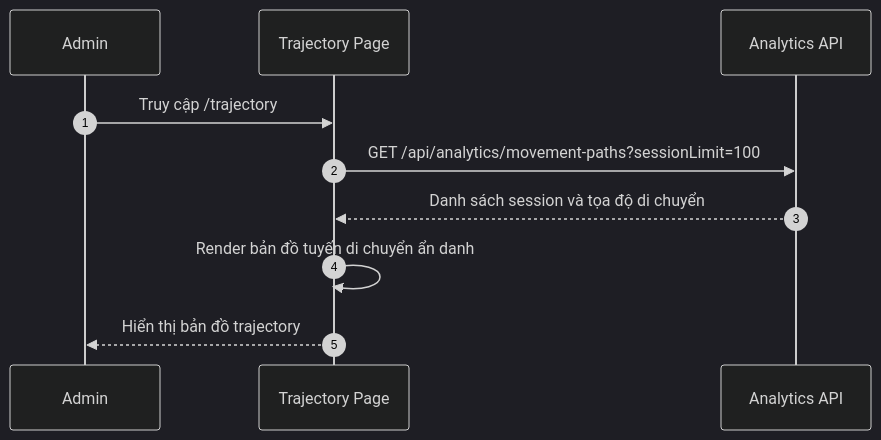
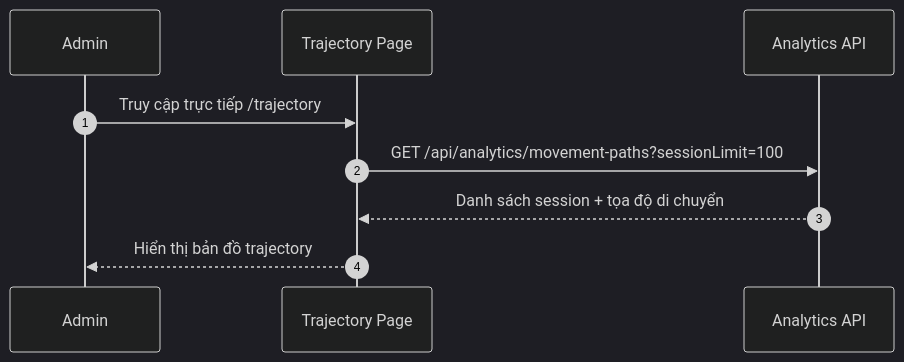
Before and after one commit to sangnp-s-organiztion/food-market-narrator: the seventh of 24 diagrams in docs/sequence/flow-admin.md, drawn with Mermaid (dark theme). The commit also changed other lines of this file and 3 other files, not shown here.

Commit message:
cập nhật flow-admin

````diff
--- a/docs/sequence/flow-admin.md
+++ b/docs/sequence/flow-admin.md
@@ -131,13 +136,12 @@
 ```mermaid
 sequenceDiagram
     autonumber
     participant U as Admin
     participant FE as Trajectory Page
     participant ANA as Analytics API
 
-    U->>FE: Truy cập /trajectory
+    U->>FE: Truy cập trực tiếp /trajectory
     FE->>ANA: GET /api/analytics/movement-paths?sessionLimit=100
-    ANA-->>FE: Danh sách session và tọa độ di chuyển
-    FE->>FE: Render bản đồ tuyến di chuyển ẩn danh
+    ANA-->>FE: Danh sách session + tọa độ di chuyển
     FE-->>U: Hiển thị bản đồ trajectory
 ```
````
